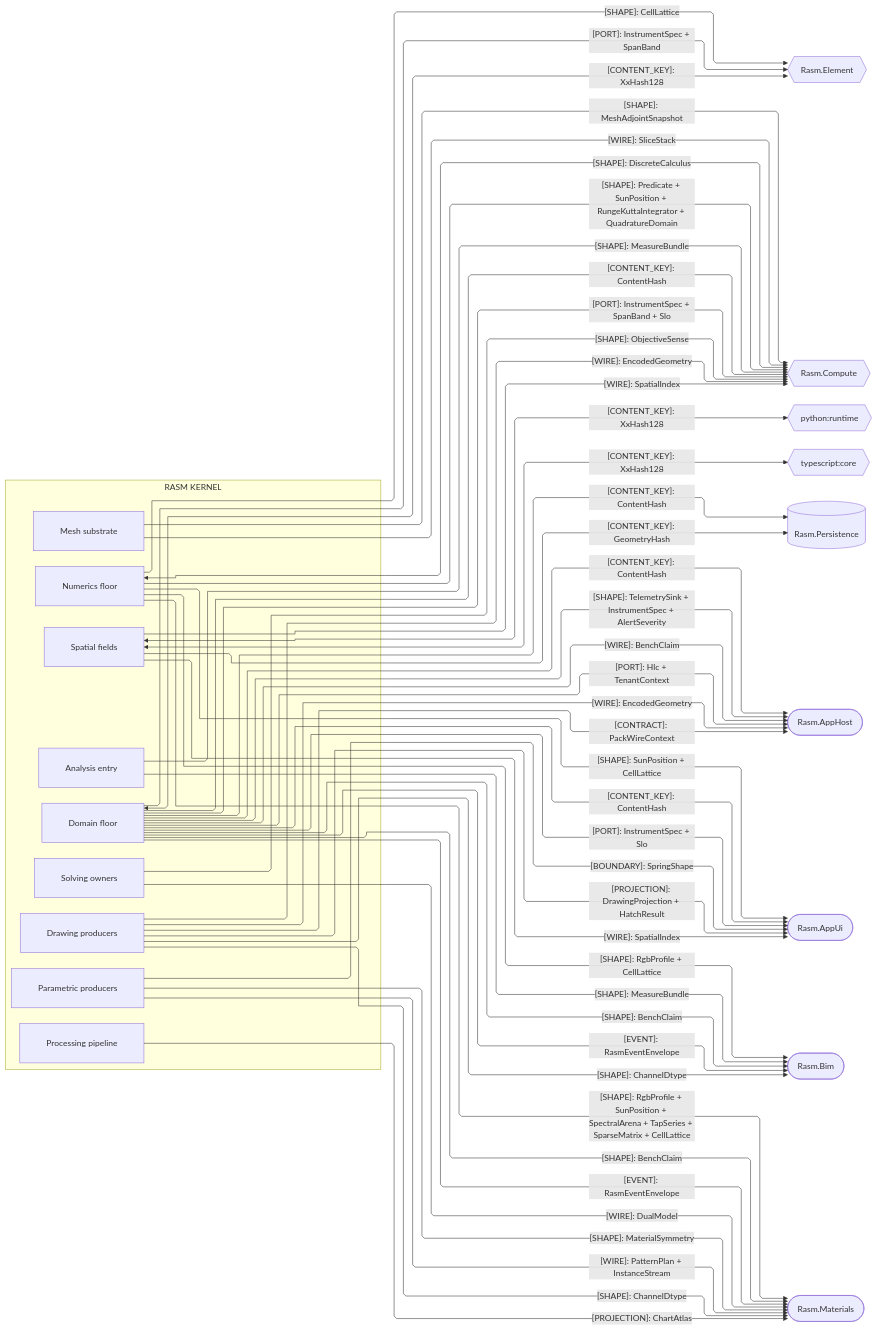
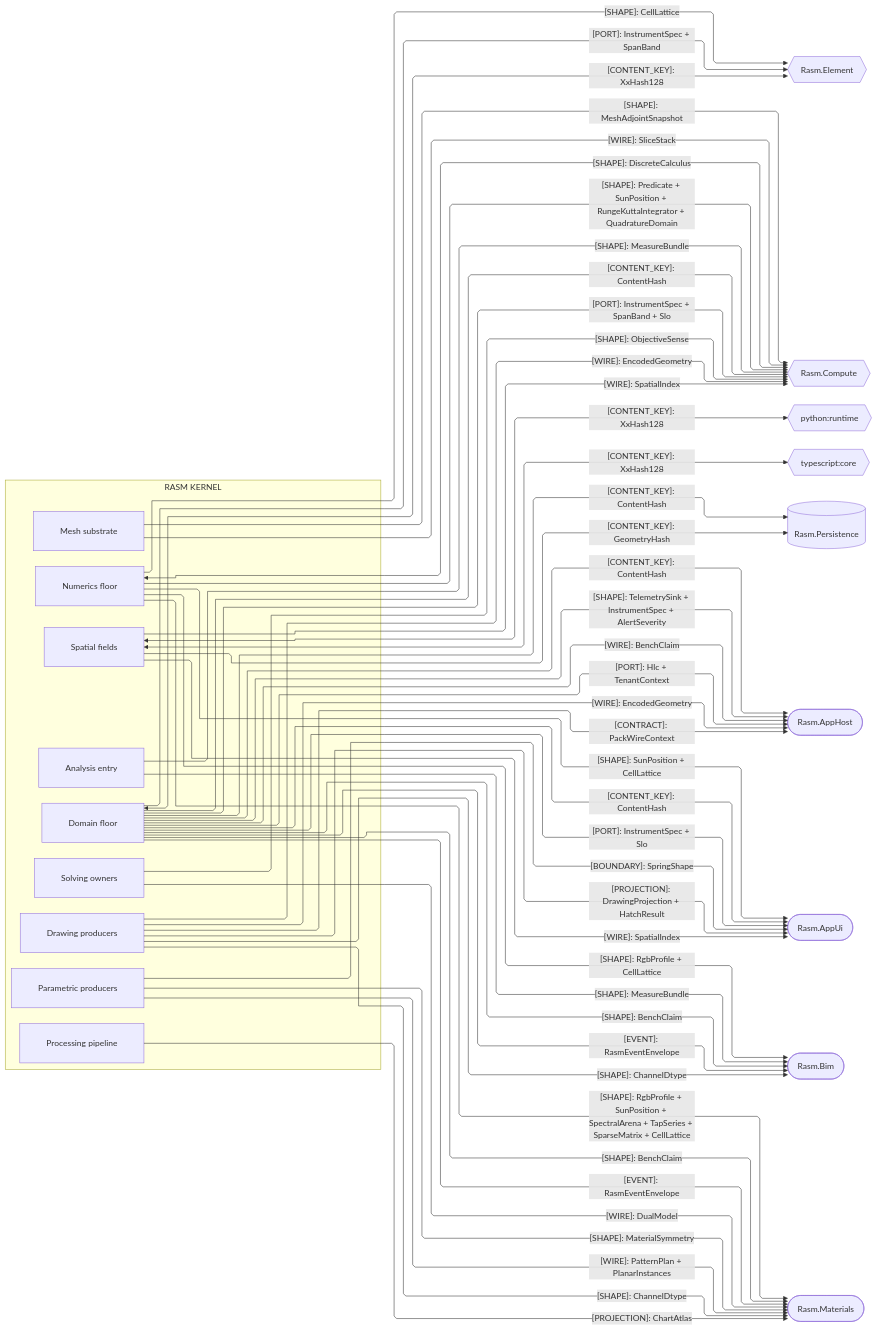
One commit to bsamiee/Rasm changed the second of 4 diagrams in libs/dotnet/Rasm/ARCHITECTURE.md. Above: the diagram before and after it, drawn with Mermaid. The commit also changed other lines of this file and 47 other files, not shown here.

````diff
--- a/libs/dotnet/Rasm/ARCHITECTURE.md
+++ b/libs/dotnet/Rasm/ARCHITECTURE.md
@@ -170,74 +170,74 @@
 ```mermaid
 ---
 config:
   layout: elk
   flowchart:
     curve: linear
     padding: 25
 ---
 flowchart LR
     accTitle: Kernel content-key and compute-plane boundaries
     accDescr: Which content keys, shapes, ports, wires, and projections the kernel owners hand same-branch and cross-runtime peers.
     subgraph rasm[RASM KERNEL]
         Domain[Domain floor]
         Numerics[Numerics floor]
         Spatial[Spatial fields]
         Meshing[Mesh substrate]
         Parametric[Parametric producers]
         Processing[Processing pipeline]
         Solving[Solving owners]
         Drawing[Drawing producers]
         Analysis[Analysis entry]
     end
     Element{{Rasm.Element}}
     Compute{{Rasm.Compute}}
     Runtime{{python:runtime}}
     Core{{typescript:core}}
     Persistence[(Rasm.Persistence)]
     AppHost([Rasm.AppHost])
     AppUi([Rasm.AppUi])
     Bim([Rasm.Bim])
     Materials([Rasm.Materials])
     Domain e1@<-->|"[CONTENT_KEY]: XxHash128"| Element
     Domain e2@-->|"[PORT]: InstrumentSpec + SpanBand"| Element
     Domain e3@-->|"[CONTENT_KEY]: ContentHash"| Persistence
     Domain e4@-->|"[CONTENT_KEY]: ContentHash"| Compute
     Domain e5@-->|"[PORT]: InstrumentSpec + SpanBand + Slo"| Compute
     Domain e6@-->|"[CONTENT_KEY]: ContentHash"| AppHost
     Domain e7@-->|"[SHAPE]: TelemetrySink + InstrumentSpec + AlertSeverity"| AppHost
     Domain e8@-->|"[WIRE]: BenchClaim"| AppHost
     Domain e9@-->|"[PORT]: Hlc + TenantContext"| AppHost
     Domain e10@-->|"[CONTENT_KEY]: ContentHash"| AppUi
     Domain e11@-->|"[PORT]: InstrumentSpec + Slo"| AppUi
     Domain e12@-->|"[SHAPE]: BenchClaim"| Bim
     Domain e13@-->|"[EVENT]: RasmEventEnvelope"| Bim
     Domain e14@-->|"[SHAPE]: BenchClaim"| Materials
     Domain e15@-->|"[EVENT]: RasmEventEnvelope"| Materials
     Numerics e16@<-->|"[SHAPE]: DiscreteCalculus"| Compute
     Numerics e17@-->|"[SHAPE]: Predicate + SunPosition + RungeKuttaIntegrator + QuadratureDomain"| Compute
     Numerics e18@-->|"[SHAPE]: CellLattice"| Element
     Numerics e19@-->|"[SHAPE]: RgbProfile + CellLattice"| Bim
     Numerics e20@-->|"[SHAPE]: SunPosition + CellLattice"| AppUi
     Numerics e21@-->|"[SHAPE]: RgbProfile + SunPosition + SpectralArena + TapSeries + SparseMatrix + CellLattice"| Materials
     Spatial e22@<-->|"[CONTENT_KEY]: XxHash128"| Runtime
     Spatial e23@<-->|"[CONTENT_KEY]: XxHash128"| Core
     Spatial e24@-->|"[CONTENT_KEY]: GeometryHash"| Persistence
     Spatial e25@-->|"[WIRE]: SpatialIndex"| Compute
     Spatial e26@-->|"[WIRE]: SpatialIndex"| AppUi
     Meshing e27@-->|"[SHAPE]: MeshAdjointSnapshot"| Compute
     Meshing e28@-->|"[WIRE]: SliceStack"| Compute
     Parametric e29@-->|"[BOUNDARY]: SpringShape"| AppUi
     Parametric e30@-->|"[SHAPE]: MaterialSymmetry"| Materials
-    Parametric e31@-->|"[WIRE]: PatternPlan + InstanceStream"| Materials
+    Parametric e31@-->|"[WIRE]: PatternPlan + PlanarInstances"| Materials
     Processing e32@-->|"[PROJECTION]: ChartAtlas"| Materials
     Solving e33@-->|"[SHAPE]: ObjectiveSense"| Compute
     Solving e34@-->|"[WIRE]: DualModel"| Materials
     Drawing e35@-->|"[WIRE]: EncodedGeometry"| Compute
     Drawing e36@-->|"[CONTRACT]: PackWireContext"| AppHost
     Drawing e37@-->|"[WIRE]: EncodedGeometry"| AppHost
     Drawing e38@-->|"[PROJECTION]: DrawingProjection + HatchResult"| AppUi
     Drawing e39@-->|"[SHAPE]: ChannelDtype"| Bim
     Drawing e40@-->|"[SHAPE]: ChannelDtype"| Materials
     Analysis e41@-->|"[SHAPE]: MeasureBundle"| Compute
     Analysis e42@-->|"[SHAPE]: MeasureBundle"| Bim
 ```
````
